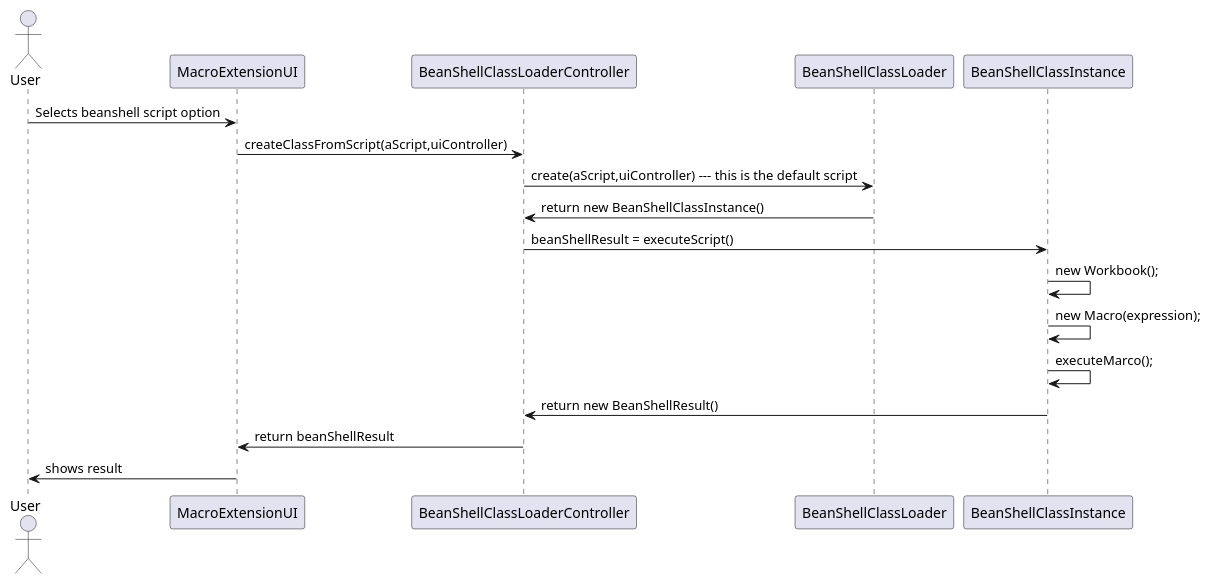
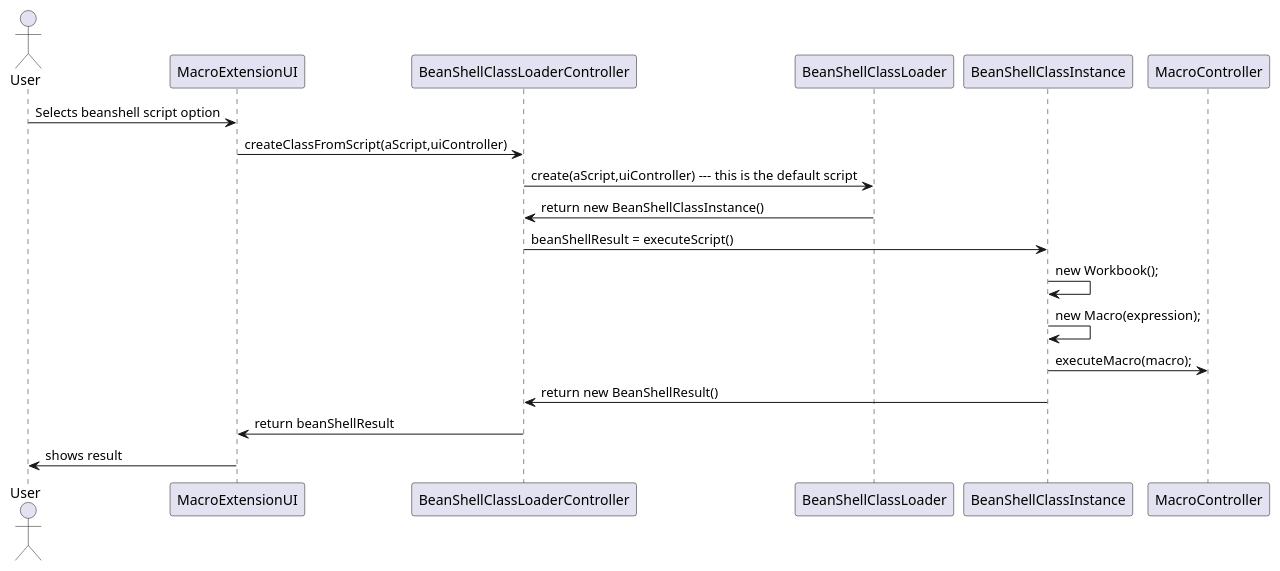
The diagram in src/main/java/lapr4/blue/s1/lang/n1140822/beanshellwindow/design_default_script_sd.puml (MikeTekOn/lapr4-2017-2dd), drawn with PlantUML before and after one commit. The commit also changed 3 other files, not shown here.

```diff
--- a/src/main/java/lapr4/blue/s1/lang/n1140822/beanshellwindow/design_default_script_sd.puml
+++ b/src/main/java/lapr4/blue/s1/lang/n1140822/beanshellwindow/design_default_script_sd.puml
@@ -1,14 +1,14 @@
 @startuml
 actor User
 User -> MacroExtensionUI : Selects beanshell script option
 MacroExtensionUI -> BeanShellClassLoaderController : createClassFromScript(aScript,uiController)
 BeanShellClassLoaderController -> BeanShellClassLoader :create(aScript,uiController) --- this is the default script
  BeanShellClassLoader -> BeanShellClassLoaderController : return new BeanShellClassInstance()
 BeanShellClassLoaderController -> BeanShellClassInstance : beanShellResult = executeScript()
  BeanShellClassInstance ->  BeanShellClassInstance : new Workbook();
 BeanShellClassInstance ->  BeanShellClassInstance : new Macro(expression);
-BeanShellClassInstance ->  BeanShellClassInstance : executeMarco();
+BeanShellClassInstance -> MacroController : executeMacro(macro);
 BeanShellClassInstance -> BeanShellClassLoaderController : return new BeanShellResult()
 BeanShellClassLoaderController ->MacroExtensionUI : return beanShellResult
 MacroExtensionUI -> User : shows result
 @enduml
```
